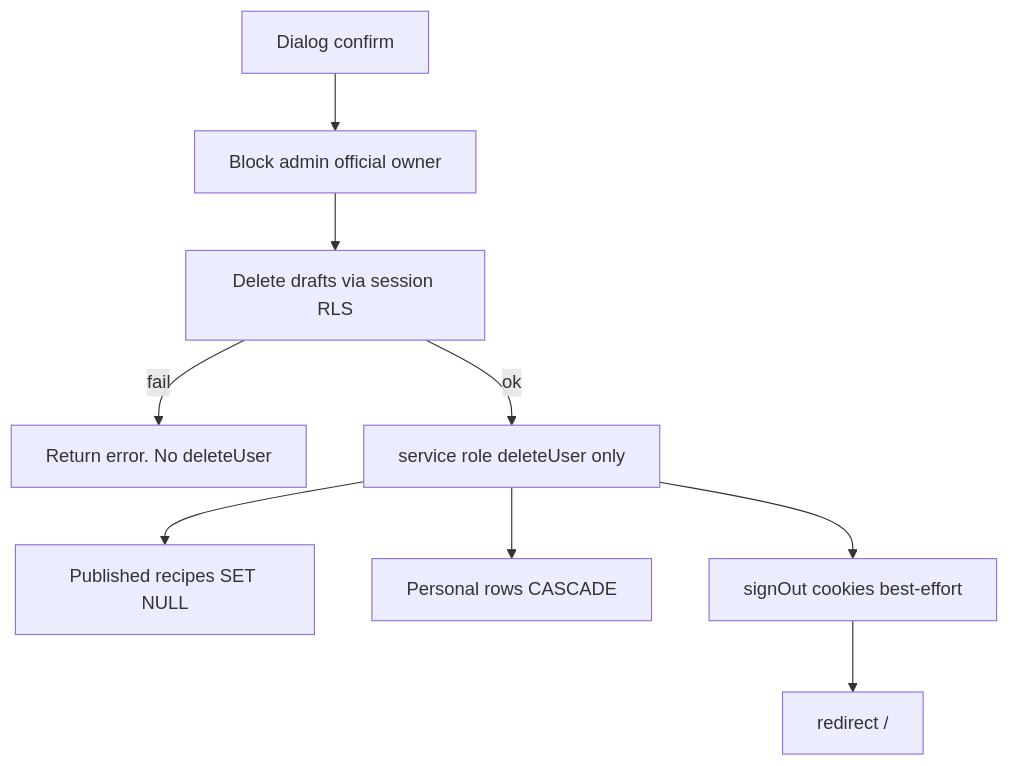
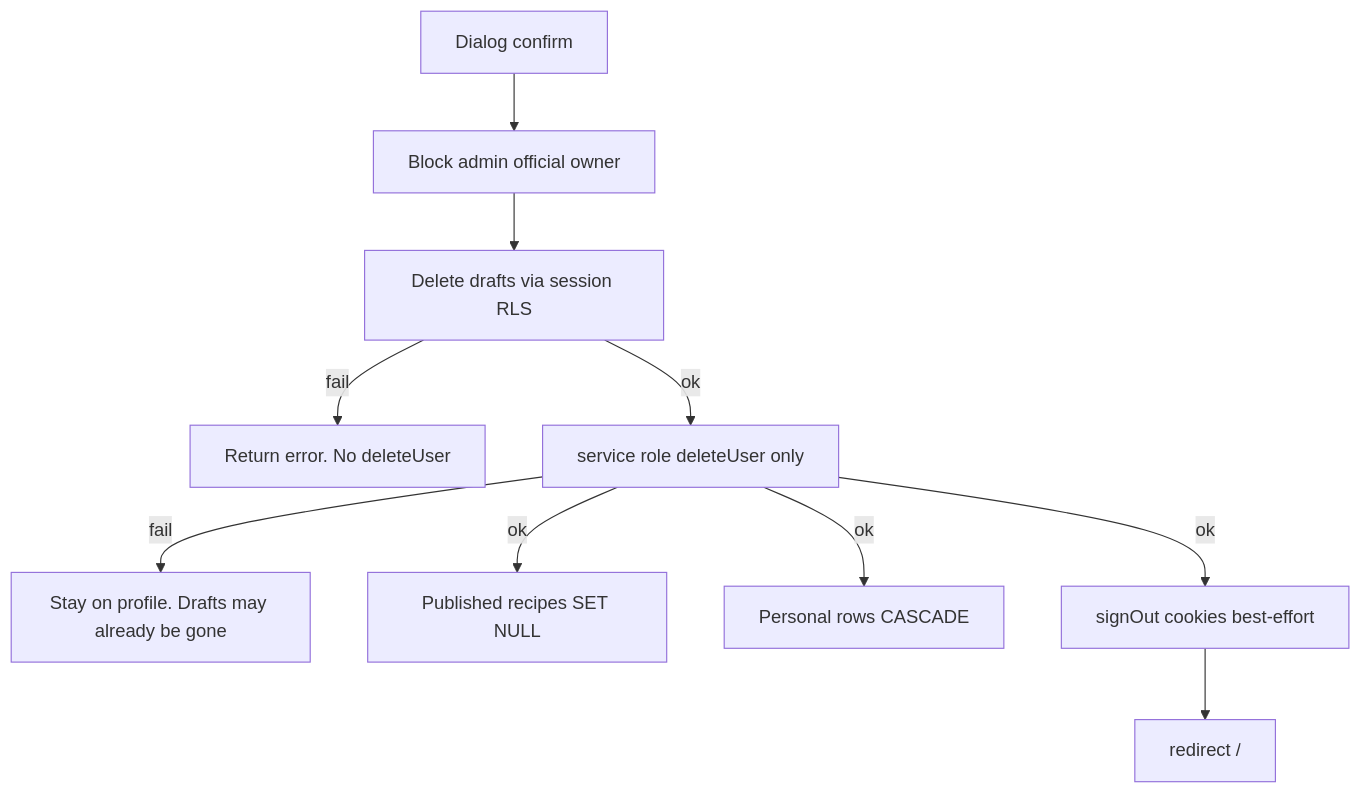
Before and after one commit to TomoyaOgashiwa/sakehub: the diagram in .cursor/plans/web_profile_edit_and_delete.md, drawn with Mermaid. The commit also changed other lines of this file and 2 other files, not shown here.

````diff
--- a/.cursor/plans/web_profile_edit_and_delete.md
+++ b/.cursor/plans/web_profile_edit_and_delete.md
@@ -115,11 +120,12 @@
 ```mermaid
 flowchart TD
   Confirm["Dialog confirm"] --> Guard["Block admin official owner"]
   Guard --> Drafts["Delete drafts via session RLS"]
   Drafts -->|fail| Abort["Return error. No deleteUser"]
   Drafts -->|ok| AuthDel["service role deleteUser only"]
-  AuthDel --> FkSetNull["Published recipes SET NULL"]
-  AuthDel --> Cascade["Personal rows CASCADE"]
-  AuthDel --> SignOut["signOut cookies best-effort"]
+  AuthDel -->|fail| AuthFail["Stay on profile. Drafts may already be gone"]
+  AuthDel -->|ok| FkSetNull["Published recipes SET NULL"]
+  AuthDel -->|ok| Cascade["Personal rows CASCADE"]
+  AuthDel -->|ok| SignOut["signOut cookies best-effort"]
   SignOut --> Home["redirect /"]
 ```
````
